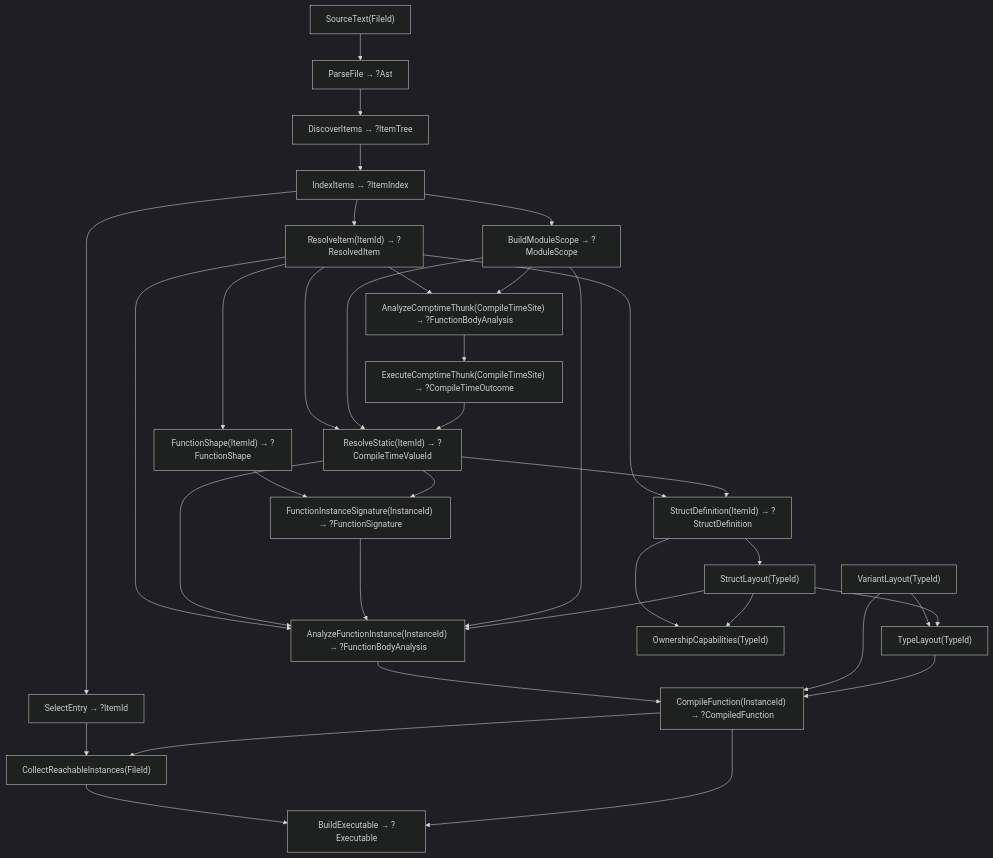
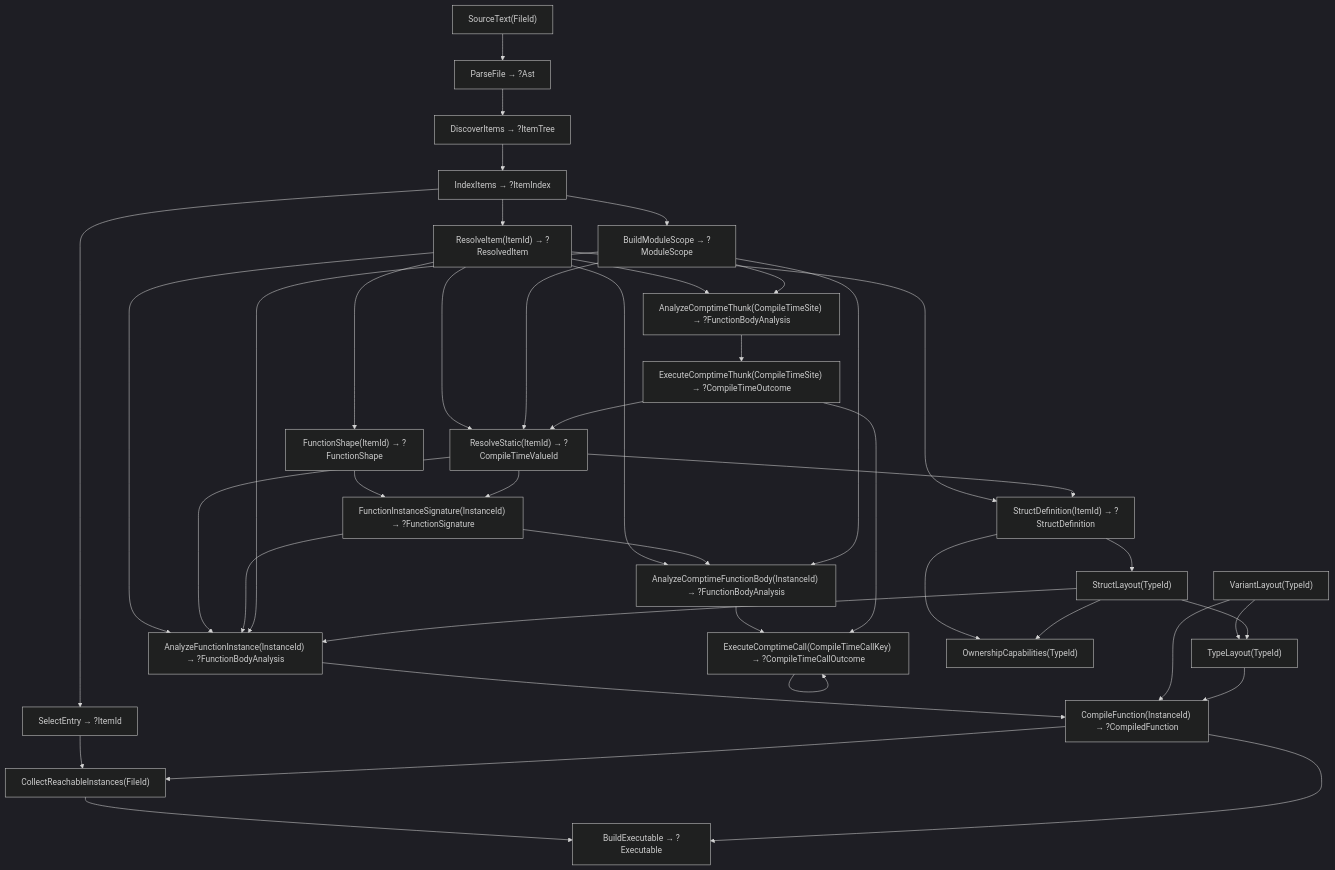
The diagram in PROGRAM_FLOW.md (Pippepot/chimera-lang), drawn with Mermaid (dark theme) before and after one commit. The commit also changed other lines of this file and 10 other files, not shown here.

````diff
--- a/PROGRAM_FLOW.md
+++ b/PROGRAM_FLOW.md
@@ -9,37 +9,43 @@
 ```mermaid
 flowchart TD
     ST["SourceText(FileId)"] --> PF["ParseFile → ?Ast"]
     PF --> DI["DiscoverItems → ?ItemTree"]
     DI --> IX["IndexItems → ?ItemIndex"]
     IX --> SE["SelectEntry → ?ItemId"]
     IX --> MS["BuildModuleScope → ?ModuleScope"]
     IX --> RI["ResolveItem(ItemId) → ?ResolvedItem"]
     RI --> RS["ResolveStatic(ItemId) → ?CompileTimeValueId"]
     MS --> RS
     RI --> AT["AnalyzeComptimeThunk(CompileTimeSite) → ?FunctionBodyAnalysis"]
     MS --> AT
     AT --> ET["ExecuteComptimeThunk(CompileTimeSite) → ?CompileTimeOutcome"]
     ET --> RS
     RI --> SD["StructDefinition(ItemId) → ?StructDefinition"]
     RS --> SD
     RI --> FH["FunctionShape(ItemId) → ?FunctionShape"]
     FH --> FS["FunctionInstanceSignature(InstanceId) → ?FunctionSignature"]
     RS --> FS
+    RI --> AC["AnalyzeComptimeFunctionBody(InstanceId) → ?FunctionBodyAnalysis"]
+    FS --> AC
+    MS --> AC
+    AC --> EC["ExecuteComptimeCall(CompileTimeCallKey) → ?CompileTimeCallOutcome"]
+    ET --> EC
+    EC --> EC
     RI --> AB["AnalyzeFunctionInstance(InstanceId) → ?FunctionBodyAnalysis"]
     RS --> AB
     FS --> AB
     MS --> AB
     AB --> CF["CompileFunction(InstanceId) → ?CompiledFunction"]
     VL["VariantLayout(TypeId)"] --> TL["TypeLayout(TypeId)"]
     SD --> SL["StructLayout(TypeId)"]
     SL --> TL
     SL --> AB
     SD --> OC["OwnershipCapabilities(TypeId)"]
     SL --> OC
     VL --> CF
     TL --> CF
     SE --> CR["CollectReachableInstances(FileId)"]
     CF --> CR
     CR --> BE["BuildExecutable → ?Executable"]
     CF --> BE
 ```
````
